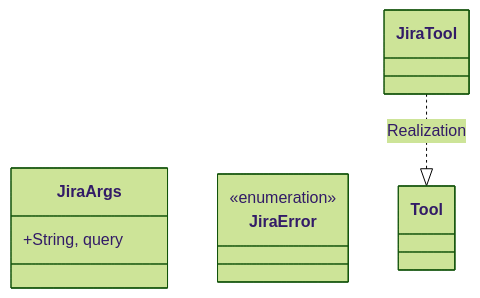
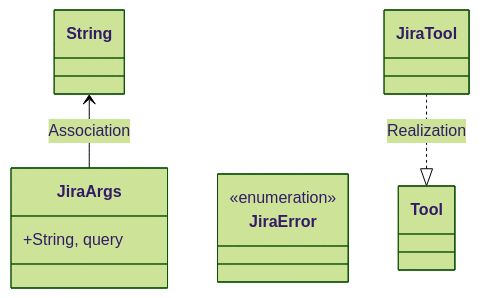
The first of 2 diagrams in openwiki/src/infrastructure/tools/jira.md (lgcorzo/fastapi-autogen-team), drawn with Mermaid (forest theme) before and after one commit. The commit also changed other lines of this file and 22 other files, not shown here.

````diff
--- a/openwiki/src/infrastructure/tools/jira.md
+++ b/openwiki/src/infrastructure/tools/jira.md
@@ -26,11 +26,12 @@
 ```mermaid
 classDiagram
     direction BT
     class JiraArgs {
         +String, query
     }
     class JiraError {
         <<enumeration>>
     }
+    JiraArgs --> String : Association
     Tool <|.. JiraTool : Realization
 ```
````
